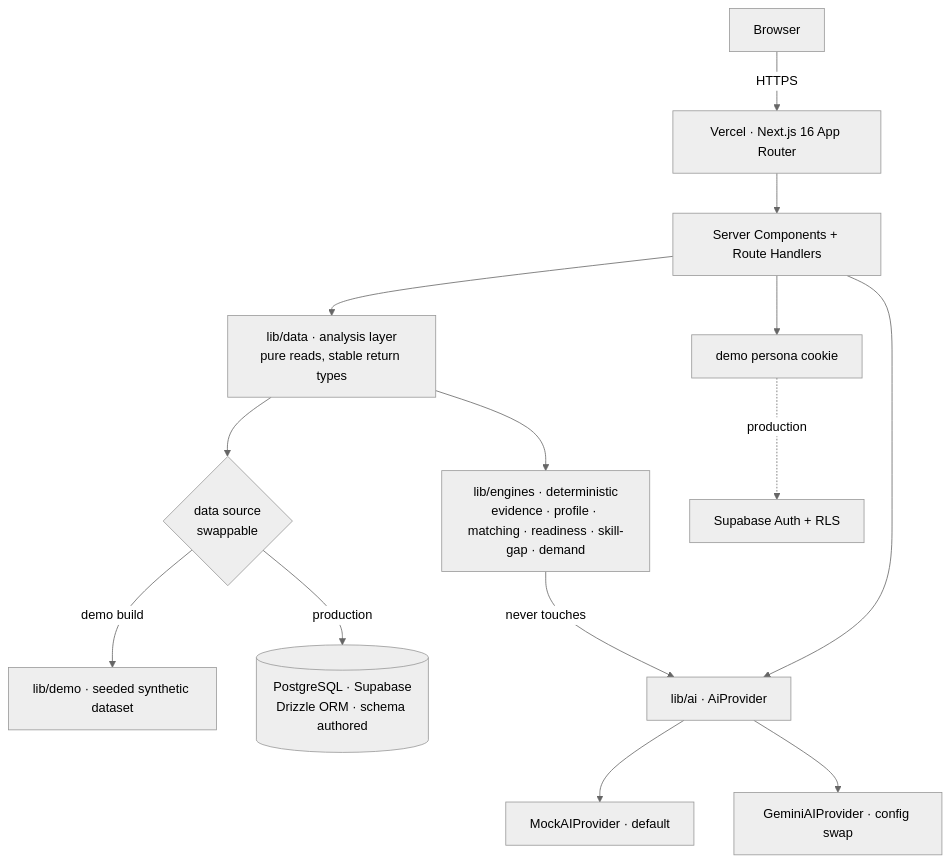
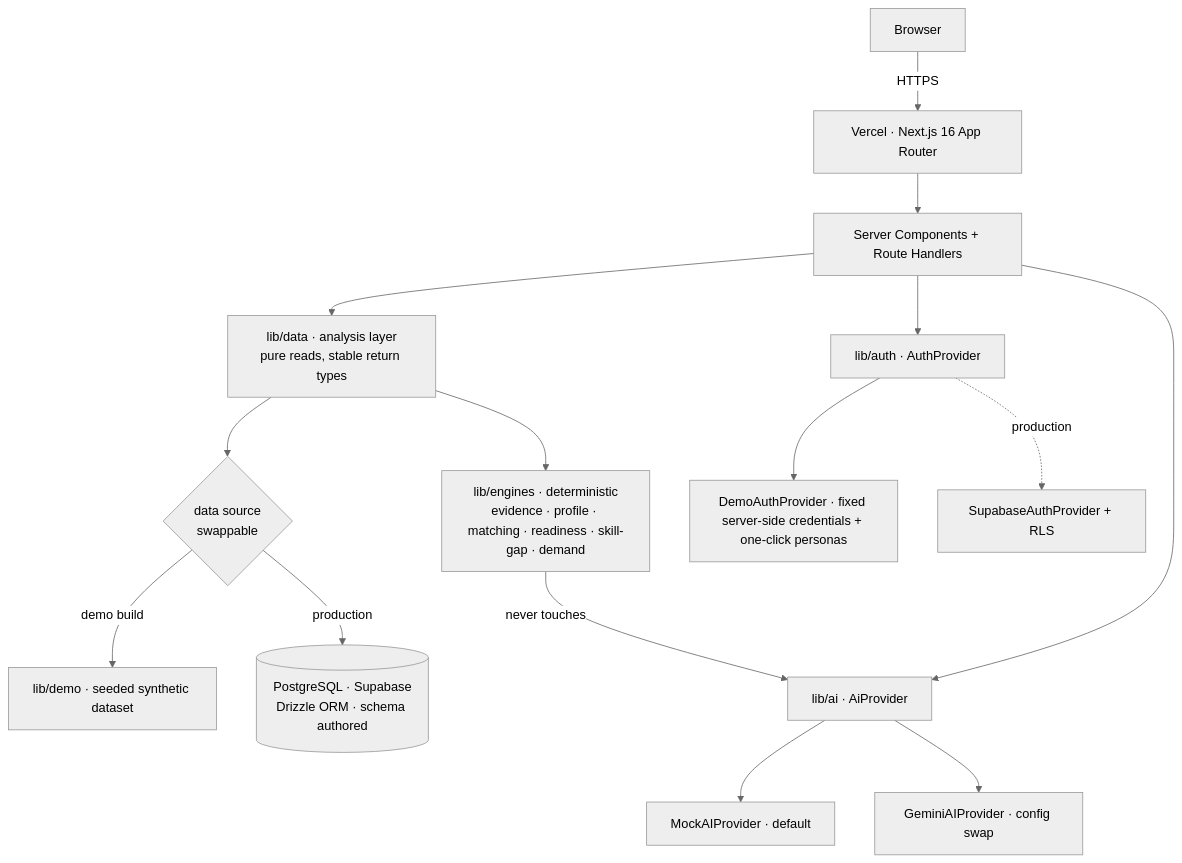
One commit to Swaraj0160/SIH26044-KaushalSetu changed the first of 10 diagrams in ARCHITECTURE.md. Above: the diagram before and after it, drawn with Mermaid (neutral theme). The commit also changed other lines of this file and 3 other files, not shown here.

````diff
--- a/ARCHITECTURE.md
+++ b/ARCHITECTURE.md
@@ -5,16 +5,17 @@
 ```mermaid
 flowchart TD
   U[Browser] -->|HTTPS| V[Vercel · Next.js 16 App Router]
   V --> RSC[Server Components + Route Handlers]
   RSC --> DATA[lib/data · analysis layer<br/>pure reads, stable return types]
   DATA --> ENG[lib/engines · deterministic<br/>evidence · profile · matching · readiness · skill-gap · demand]
   DATA --> SRC{data source<br/>swappable}
   SRC -->|demo build| DEMO[lib/demo · seeded synthetic dataset]
   SRC -->|production| DB[(PostgreSQL · Supabase<br/>Drizzle ORM · schema authored)]
   RSC --> AI[lib/ai · AiProvider]
   AI --> MOCK[MockAIProvider · default]
   AI --> GEM[GeminiAIProvider · config swap]
-  RSC --> SESS[demo persona cookie]
-  SESS -.production.-> SB[Supabase Auth + RLS]
+  RSC --> AUTH[lib/auth · AuthProvider]
+  AUTH --> DEMOAUTH[DemoAuthProvider · fixed server-side credentials + one-click personas]
+  AUTH -.production.-> SB[SupabaseAuthProvider + RLS]
   ENG -->|never touches| AI
 ```
````
